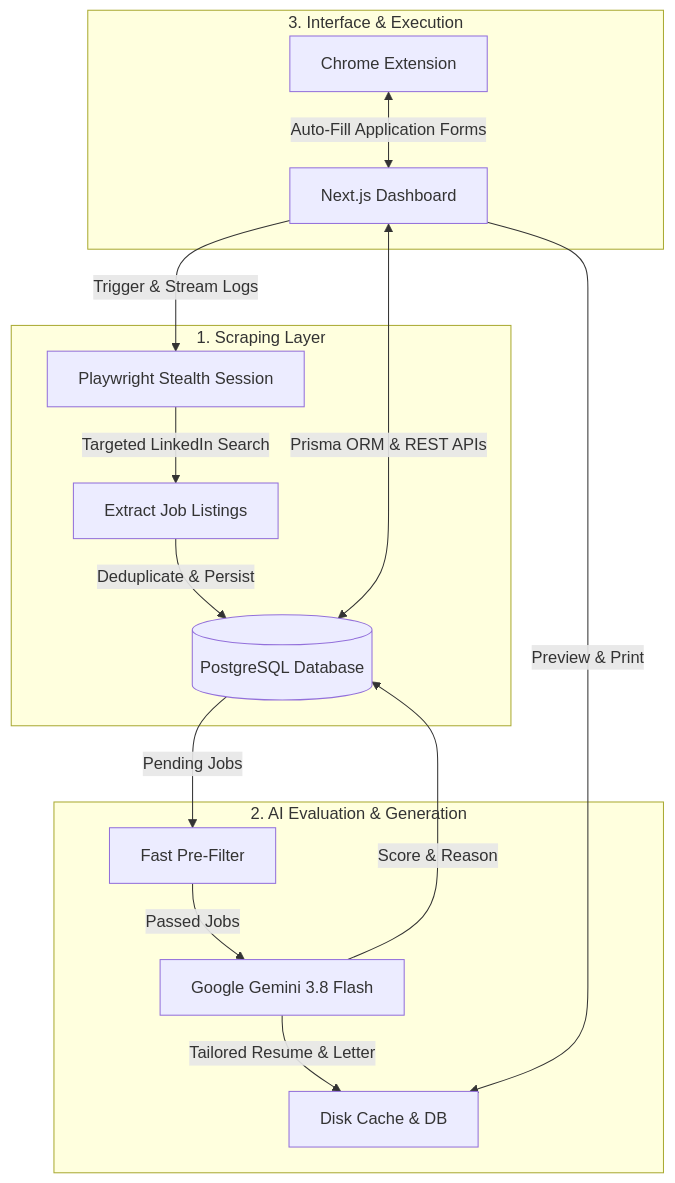
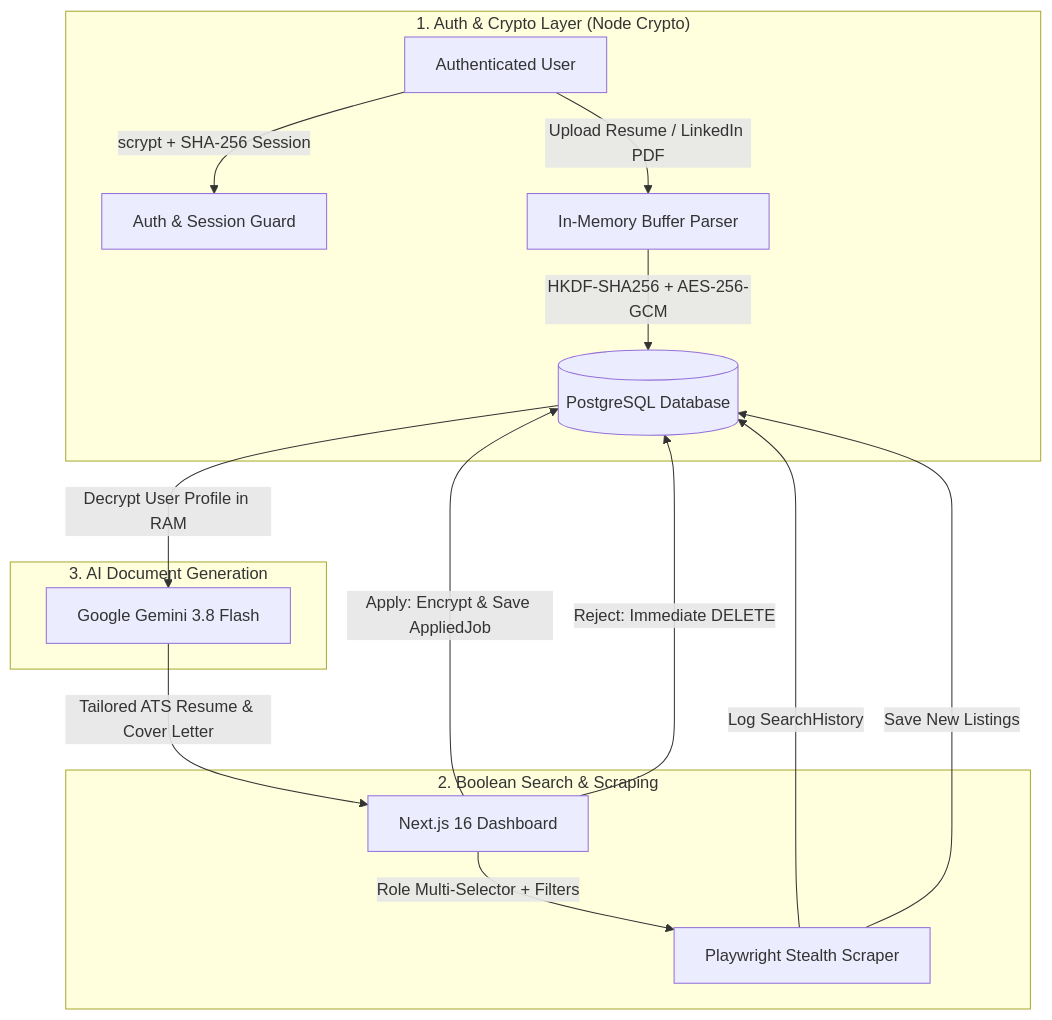
One commit to AlanLenz/jobApplicationCopilot changed the diagram in README.md. Above: the diagram before and after it, drawn with Mermaid. The commit also changed other lines of this file, not shown here.

Commit message:
docs: update README with boolean role multiselect, encrypted profile vault, and history tracking

````diff
--- a/README.md
+++ b/README.md
@@ -70,21 +66,21 @@
 ```mermaid
 flowchart TD
-    subgraph Scraping["1. Scraping Layer"]
-        A[Playwright Stealth Session] -->|Targeted LinkedIn Search| B[Extract Job Listings]
-        B -->|Deduplicate & Persist| DB[(PostgreSQL Database)]
+    subgraph AuthSecurity["1. Auth & Crypto Layer (Node Crypto)"]
+        U[Authenticated User] -->|scrypt + SHA-256 Session| AUTH[Auth & Session Guard]
+        U -->|Upload Resume / LinkedIn PDF| MEM[In-Memory Buffer Parser]
+        MEM -->|HKDF-SHA256 + AES-256-GCM| DB[(PostgreSQL Database)]
     end
 
-    subgraph AI["2. AI Evaluation & Generation"]
-        DB -->|Pending Jobs| C[Fast Pre-Filter]
-        C -->|Passed Jobs| D[Google Gemini 3.8 Flash]
-        D -->|Score & Reason| DB
-        D -->|Tailored Resume & Letter| CACHE[Disk Cache & DB]
+    subgraph Scraping["2. Boolean Search & Scraping"]
+        UI[Next.js 16 Dashboard] -->|Role Multi-Selector + Filters| S[Playwright Stealth Scraper]
+        S -->|Log SearchHistory| DB
+        S -->|Save New Listings| DB
     end
 
-    subgraph UI["3. Interface & Execution"]
-        E[Next.js Dashboard] <-->|Prisma ORM & REST APIs| DB
-        E -->|Trigger & Stream Logs| A
-        E -->|Preview & Print| CACHE
-        F[Chrome Extension] <-->|Auto-Fill Application Forms| E
+    subgraph Generation["3. AI Document Generation"]
+        DB -->|Decrypt User Profile in RAM| AI[Google Gemini 3.8 Flash]
+        AI -->|Tailored ATS Resume & Cover Letter| UI
+        UI -->|Apply: Encrypt & Save AppliedJob| DB
+        UI -->|Reject: Immediate DELETE| DB
     end
 ```
````
